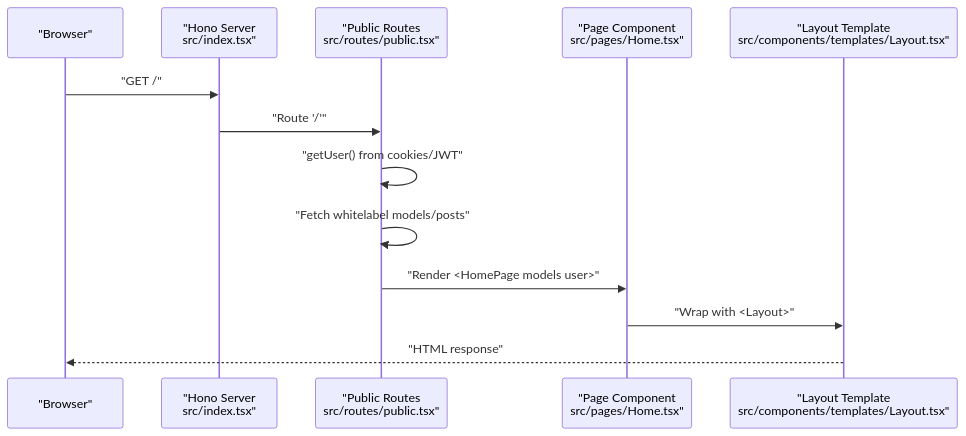
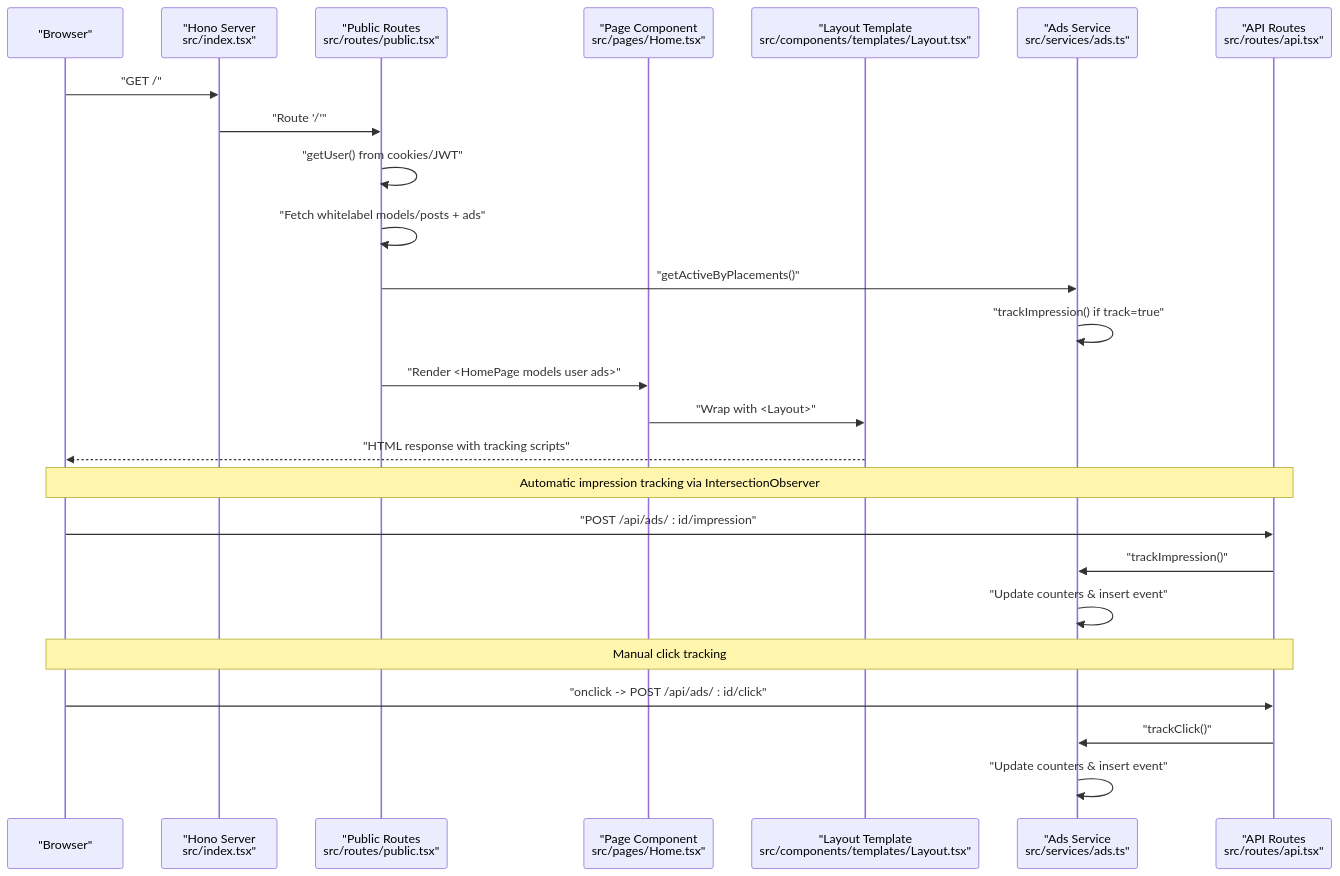
One commit to eromedrive2tb-gif/Avitrine changed the second of 9 diagrams in .qoder/repowiki/en/content/System Architecture/Frontend Architecture.md. Above: the diagram before and after it, drawn with Mermaid. The commit also changed other lines of this file and 18 other files, not shown here.

````diff
--- a/.qoder/repowiki/en/content/System Architecture/Frontend Architecture.md
+++ b/.qoder/repowiki/en/content/System Architecture/Frontend Architecture.md
@@ -105,15 +147,27 @@
 ```mermaid
 sequenceDiagram
 participant Client as "Browser"
 participant Server as "Hono Server<br/>src/index.tsx"
 participant Public as "Public Routes<br/>src/routes/public.tsx"
 participant Page as "Page Component<br/>src/pages/Home.tsx"
 participant Template as "Layout Template<br/>src/components/templates/Layout.tsx"
+participant AdsService as "Ads Service<br/>src/services/ads.ts"
+participant API as "API Routes<br/>src/routes/api.tsx"
 Client->>Server : "GET /"
 Server->>Public : "Route '/'"
 Public->>Public : "getUser() from cookies/JWT"
-Public->>Public : "Fetch whitelabel models/posts"
-Public->>Page : "Render <HomePage models user>"
+Public->>Public : "Fetch whitelabel models/posts + ads"
+Public->>AdsService : "getActiveByPlacements()"
+AdsService->>AdsService : "trackImpression() if track=true"
+Public->>Page : "Render <HomePage models user ads>"
 Page->>Template : "Wrap with <Layout>"
-Template-->>Client : "HTML response"
+Template-->>Client : "HTML response with tracking scripts"
+Note over Client,API : Automatic impression tracking via IntersectionObserver
+Client->>API : "POST /api/ads/ : id/impression"
+API->>AdsService : "trackImpression()"
+AdsService->>AdsService : "Update counters & insert event"
+Note over Client,API : Manual click tracking
+Client->>API : "onclick -> POST /api/ads/ : id/click"
+API->>AdsService : "trackClick()"
+AdsService->>AdsService : "Update counters & insert event"
 ```
````
